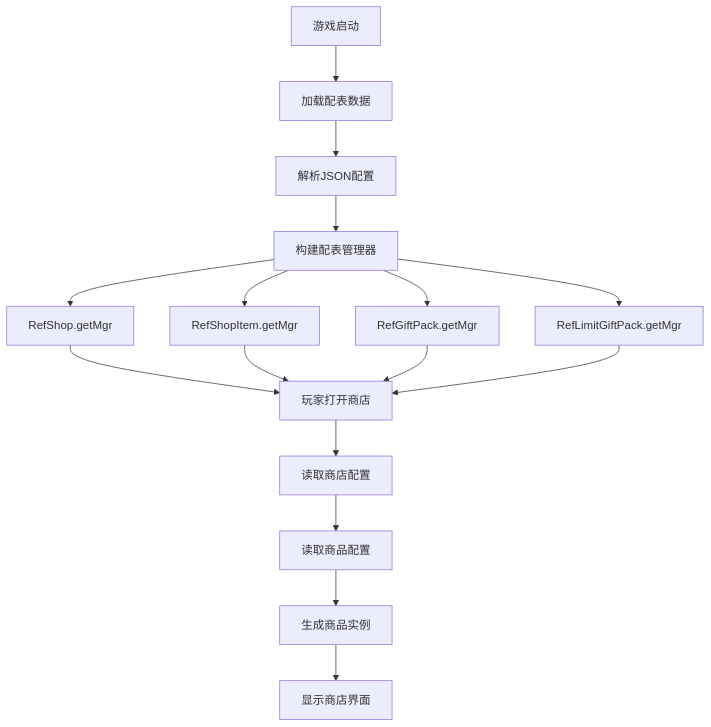
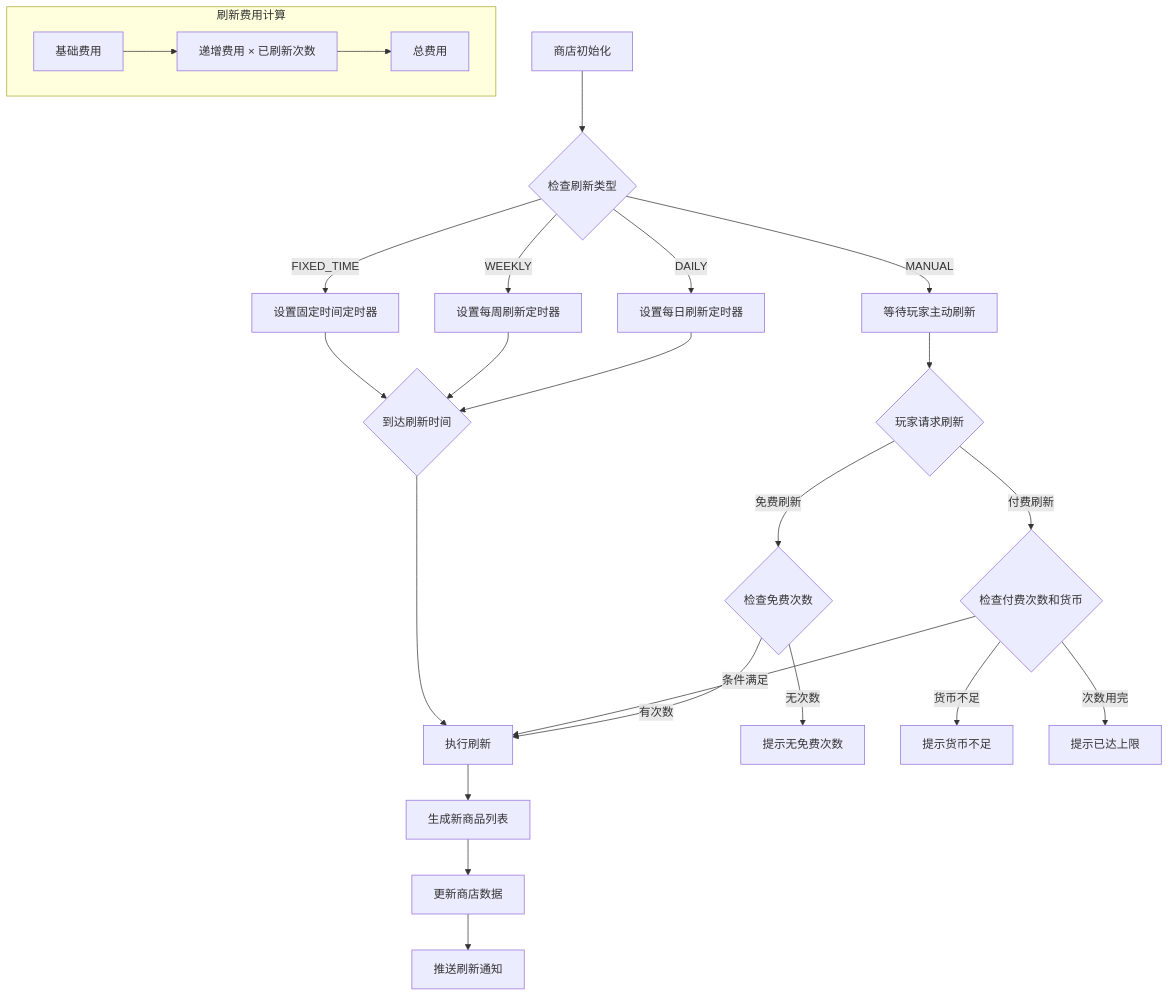
The second of 8 diagrams in docs/Module_Shop/01_数据配表.md (Alan-Ben/k2c_game_framework), drawn with Mermaid before and after one commit. The commit also changed other lines of this file and 32 other files, not shown here.

````diff
--- a/docs/Module_Shop/01_数据配表.md
+++ b/docs/Module_Shop/01_数据配表.md
@@ -658,20 +166,34 @@
 ```mermaid
 flowchart TD
-    A[游戏启动] --> B[加载配表数据]
-    B --> C[解析JSON配置]
-    C --> D[构建配表管理器]
-    D --> E[RefShop.getMgr]
-    D --> F[RefShopItem.getMgr]
-    D --> G[RefGiftPack.getMgr]
-    D --> H[RefLimitGiftPack.getMgr]
+    A[商店初始化] --> B{检查刷新类型}
+    B -->|MANUAL| C[等待玩家主动刷新]
+    B -->|DAILY| D[设置每日刷新定时器]
+    B -->|WEEKLY| E[设置每周刷新定时器]
+    B -->|FIXED_TIME| F[设置固定时间定时器]
 
-    E --> I[玩家打开商店]
-    F --> I
-    G --> I
-    H --> I
+    C --> G{玩家请求刷新}
+    G -->|免费刷新| H{检查免费次数}
+    G -->|付费刷新| I{检查付费次数和货币}
 
-    I --> J[读取商店配置]
-    J --> K[读取商品配置]
-    K --> L[生成商品实例]
-    L --> M[显示商店界面]
+    H -->|有次数| J[执行刷新]
+    H -->|无次数| K[提示无免费次数]
+
+    I -->|条件满足| J
+    I -->|货币不足| L[提示货币不足]
+    I -->|次数用完| M[提示已达上限]
+
+    D --> N{到达刷新时间}
+    E --> N
+    F --> N
+
+    N --> J
+
+    J --> O[生成新商品列表]
+    O --> P[更新商店数据]
+    P --> Q[推送刷新通知]
+
+    subgraph 刷新费用计算
+        R[基础费用] --> S[递增费用 × 已刷新次数]
+        S --> T[总费用]
+    end
 ```
````
